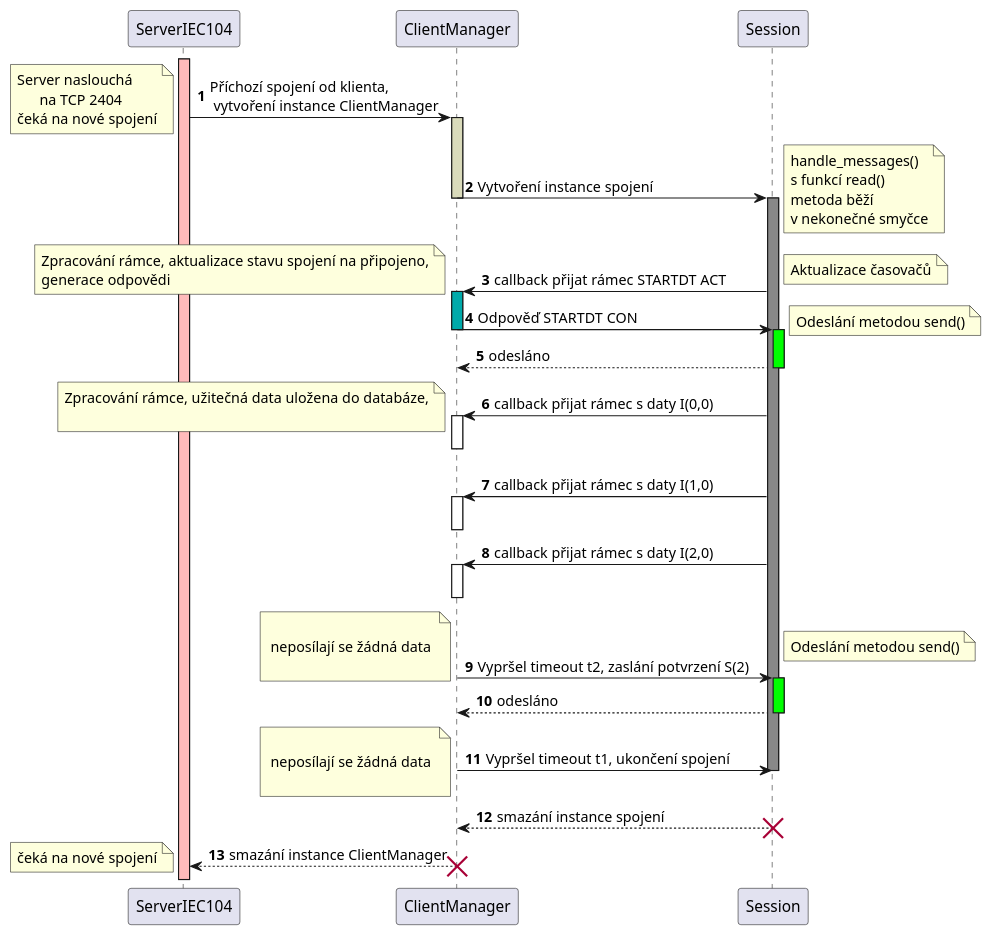
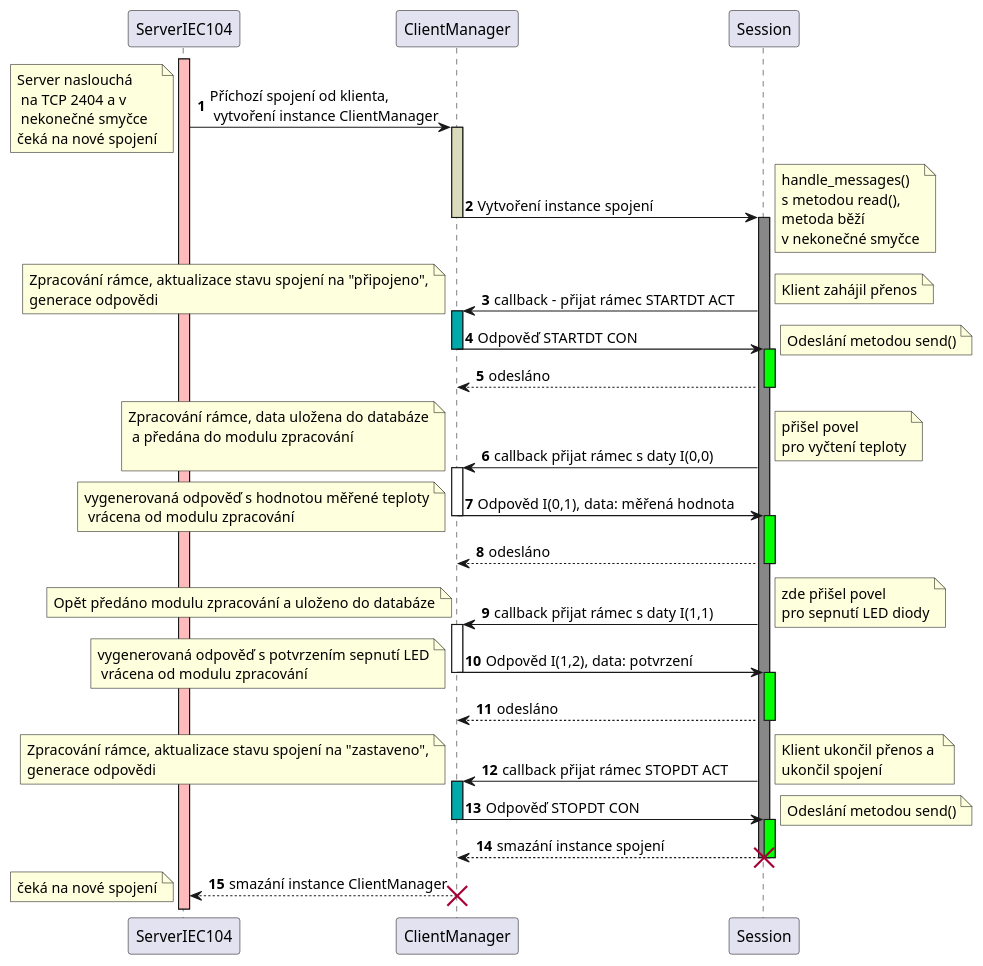
One commit to SlavekRylich/IEC104 changed the diagram in IEC104_SERVER/IEC104_v7/diagramy/sequence.puml. Above: the diagram before and after it, drawn with PlantUML. The commit also changed 3 other files, not shown here.

Commit message:
update diagrams

```diff
--- a/IEC104_SERVER/IEC104_v7/diagramy/sequence.puml
+++ b/IEC104_SERVER/IEC104_v7/diagramy/sequence.puml
@@ -1,69 +1,88 @@
 @startuml
 autonumber
 skinparam DefaultTextSize 15
 
 participant ServerIEC104 as server
 participant ClientManager as clientmanager
 participant Session as session
 
 
 activate server #FFBBBB
 
 server -> clientmanager: Příchozí spojení od klienta,\n vytvoření instance ClientManager
-note left : Server naslouchá\n      na TCP 2404\nčeká na nové spojení
+note left : Server naslouchá\n na TCP 2404 a v\n nekonečné smyčce\nčeká na nové spojení
 activate clientmanager #DADBBB
 
 clientmanager -> session: Vytvoření instance spojení
 deactivate clientmanager
 activate session #8
-note right : handle_messages()\ns funkcí read() \nmetoda běží \nv nekonečné smyčce
+note right : handle_messages()\ns metodou read(),\nmetoda běží \nv nekonečné smyčce
 
-session -> clientmanager: callback přijat rámec STARTDT ACT
+
+session -> clientmanager: callback - přijat rámec STARTDT ACT
+note right : Klient zahájil přenos
 activate clientmanager #00AAAA
-note right : Aktualizace časovačů
-note left : Zpracování rámce, aktualizace stavu spojení na připojeno,\ngenerace odpovědi
-
+note left : Zpracování rámce, aktualizace stavu spojení na "připojeno",\ngenerace odpovědi
 
 clientmanager -> session: Odpověď STARTDT CON
 deactivate clientmanager
+
 activate session #Lime
-
 note right: Odeslání metodou send()
 return odesláno
 
-session -> clientmanager: callback přijat rámec s daty I(0,0)
-activate clientmanager
-note left : Zpracování rámce, užitečná data uložena do databáze,\n
-deactivate clientmanager
 
 
-session -> clientmanager: callback přijat rámec s daty I(1,0)
+session -> clientmanager: callback přijat rámec s daty I(0,0)
+note right : přišel povel\npro vyčtení teploty
 activate clientmanager
+note left : Zpracování rámce, data uložena do databáze\n a předána do modulu zpracování\n
+
+clientmanager -> session: Odpověd I(0,1), data: měřená hodnota
+note left : vygenerovaná odpověď s hodnotou měřené teploty\n vrácena od modulu zpracování
 deactivate clientmanager
-session -> clientmanager: callback přijat rámec s daty I(2,0)
-activate clientmanager
-deactivate clientmanager
-
-
-clientmanager -> session: Vypršel timeout t2, zaslání potvrzení S(2)
-note right: Odeslání metodou send()
-note left : \n neposílají se žádná data \n
 activate session #Lime
 return odesláno
 
-clientmanager -> session: Vypršel timeout t1, ukončení spojení
-note left : \n neposílají se žádná data \n
+
+session -> clientmanager: callback přijat rámec s daty I(1,1)
+note right : zde přišel povel\npro sepnutí LED diody
+activate clientmanager
+note left : Opět předáno modulu zpracování a uloženo do databáze
+
+clientmanager -> session: Odpověd I(1,2), data: potvrzení
+
+note left : vygenerovaná odpověď s potvrzením sepnutí LED\n vrácena od modulu zpracování
+deactivate clientmanager
+activate session #Lime
+return odesláno
+
+
+session -> clientmanager: callback přijat rámec STOPDT ACT
+note right : Klient ukončil přenos a \nukončil spojení
+activate clientmanager #00AAAA
+note left : Zpracování rámce, aktualizace stavu spojení na "zastaveno",\ngenerace odpovědi
+
+clientmanager -> session: Odpověď STOPDT CON
+deactivate clientmanager
+
+activate session #Lime
+note right: Odeslání metodou send()
+return smazání instance spojení
+
+
+
+
 deactivate session
-return smazání instance spojení
 destroy session
 clientmanager -[dotted]> server: smazání instance ClientManager
 note left : čeká na nové spojení
 destroy clientmanager
 
 
 
 'activate server #FFCBBB
 
 
 deactivate clientmanager
 @enduml
```
